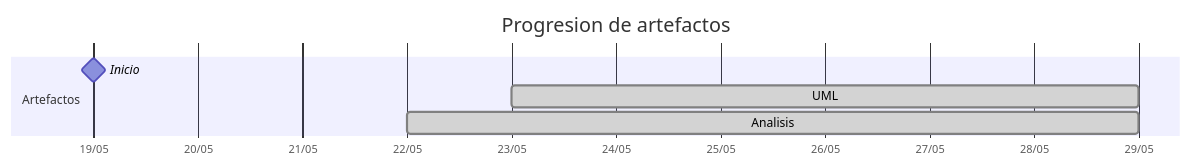
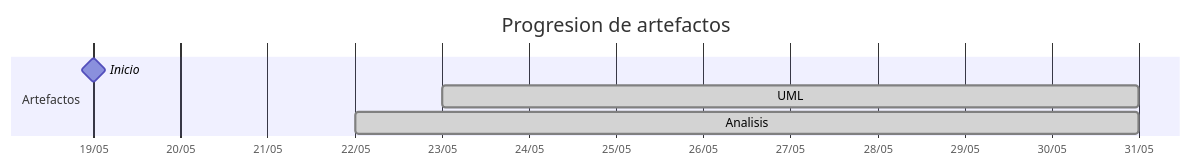
The diagram in TIMELINES/carlos-alvarado-25.md (carlos-alvarado-25/25-26-idsw2-sdVC), drawn with Mermaid before and after one commit. The commit also changed other lines of this file and 10 other files, not shown here.

````diff
--- a/TIMELINES/carlos-alvarado-25.md
+++ b/TIMELINES/carlos-alvarado-25.md
@@ -23,10 +23,10 @@
 ```mermaid
 gantt
     title Progresion de artefactos
     dateFormat YYYY-MM-DD
     axisFormat %d/%m
     section Artefactos
         Inicio       :milestone, 2026-05-19, 0d
-        UML          :done, 2026-05-23, 2026-05-29
-        Analisis     :done, 2026-05-22, 2026-05-29
+        UML          :done, 2026-05-23, 2026-05-31
+        Analisis     :done, 2026-05-22, 2026-05-31
 ```
````
